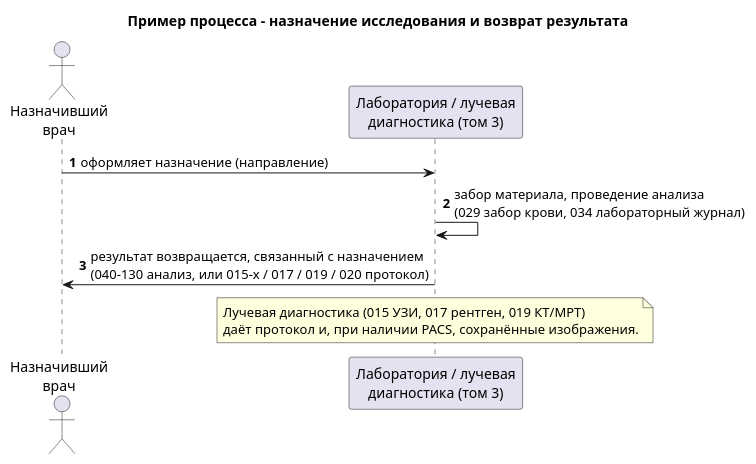
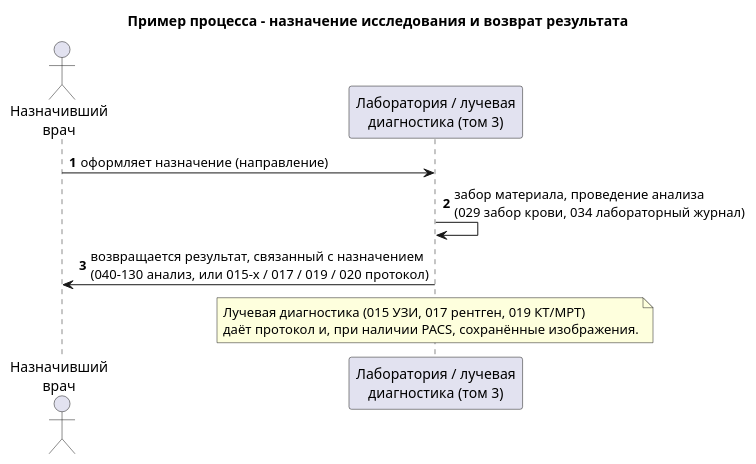
Before and after one commit to uzinfocom-org/digital-health-integration: the diagram in input/images-source/forms-vol03-flow-ru.plantuml, drawn with PlantUML. The commit also changed 30 other files, not shown here.

```diff
--- a/input/images-source/forms-vol03-flow-ru.plantuml
+++ b/input/images-source/forms-vol03-flow-ru.plantuml
@@ -1,16 +1,16 @@
 @startuml forms-vol03-flow-ru
 title Пример процесса - назначение исследования и возврат результата
 autonumber
 
 actor "Назначивший\nврач" as DR
 participant "Лаборатория / лучевая\nдиагностика (том 3)" as LIS
 
 DR -> LIS : оформляет назначение (направление)
 LIS -> LIS : забор материала, проведение анализа\n(029 забор крови, 034 лабораторный журнал)
-LIS -> DR : результат возвращается, связанный с назначением\n(040-130 анализ, или 015-x / 017 / 019 / 020 протокол)
+LIS -> DR : возвращается результат, связанный с назначением\n(040-130 анализ, или 015-x / 017 / 019 / 020 протокол)
 
 note over LIS
   Лучевая диагностика (015 УЗИ, 017 рентген, 019 КТ/МРТ)
   даёт протокол и, при наличии PACS, сохранённые изображения.
 end note
 @enduml
```
